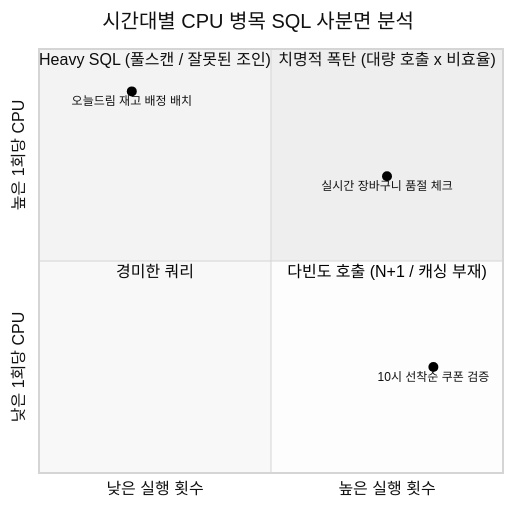
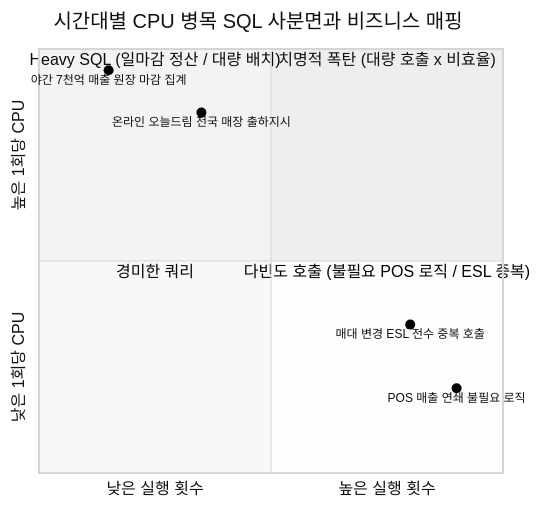
One commit to djpibo/djpibo.github.io changed the fifth of 5 diagrams in docs/case/2026-1Q/oy-sale-stat-hourly-cpu-sql.md. Above: the diagram before and after it, drawn with Mermaid (neutral theme). The commit also changed other lines of this file and 2 other files, not shown here.

Commit message:
docs: 올영세일 회고 1편(시간대별 CPU Top SQL) 비즈니스 성과 연계 개편

````diff
--- a/docs/case/2026-1Q/oy-sale-stat-hourly-cpu-sql.md
+++ b/docs/case/2026-1Q/oy-sale-stat-hourly-cpu-sql.md
@@ -105,13 +266,14 @@
 ```mermaid
 quadrantChart
-    title 시간대별 CPU 병목 SQL 사분면 분석
+    title 시간대별 CPU 병목 SQL 사분면과 비즈니스 매핑
     x-axis "낮은 실행 횟수" --> "높은 실행 횟수"
     y-axis "낮은 1회당 CPU" --> "높은 1회당 CPU"
     quadrant-1 "치명적 폭탄 (대량 호출 x 비효율)"
-    quadrant-2 "Heavy SQL (풀스캔 / 잘못된 조인)"
+    quadrant-2 "Heavy SQL (일마감 정산 / 대량 배치)"
     quadrant-3 "경미한 쿼리"
-    quadrant-4 "다빈도 호출 (N+1 / 캐싱 부재)"
-    "10시 선착순 쿠폰 검증": [0.85, 0.25]
-    "오늘드림 재고 배정 배치": [0.20, 0.90]
-    "실시간 장바구니 품절 체크": [0.75, 0.70]
+    quadrant-4 "다빈도 호출 (불필요 POS 로직 / ESL 중복)"
+    "POS 매출 연쇄 불필요 로직": [0.90, 0.20]
+    "매대 변경 ESL 전수 중복 호출": [0.80, 0.35]
+    "온라인 오늘드림 전국 매장 출하지시": [0.35, 0.85]
+    "야간 7천억 매출 원장 마감 집계": [0.15, 0.95]
 ```
````
